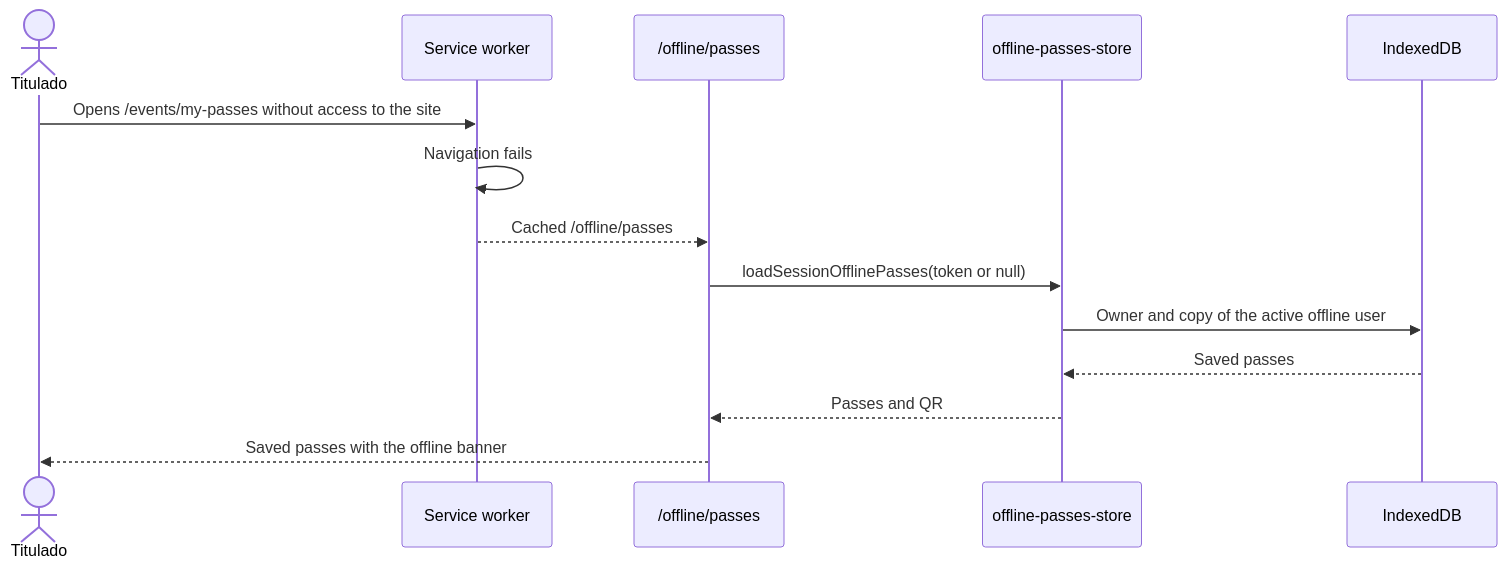
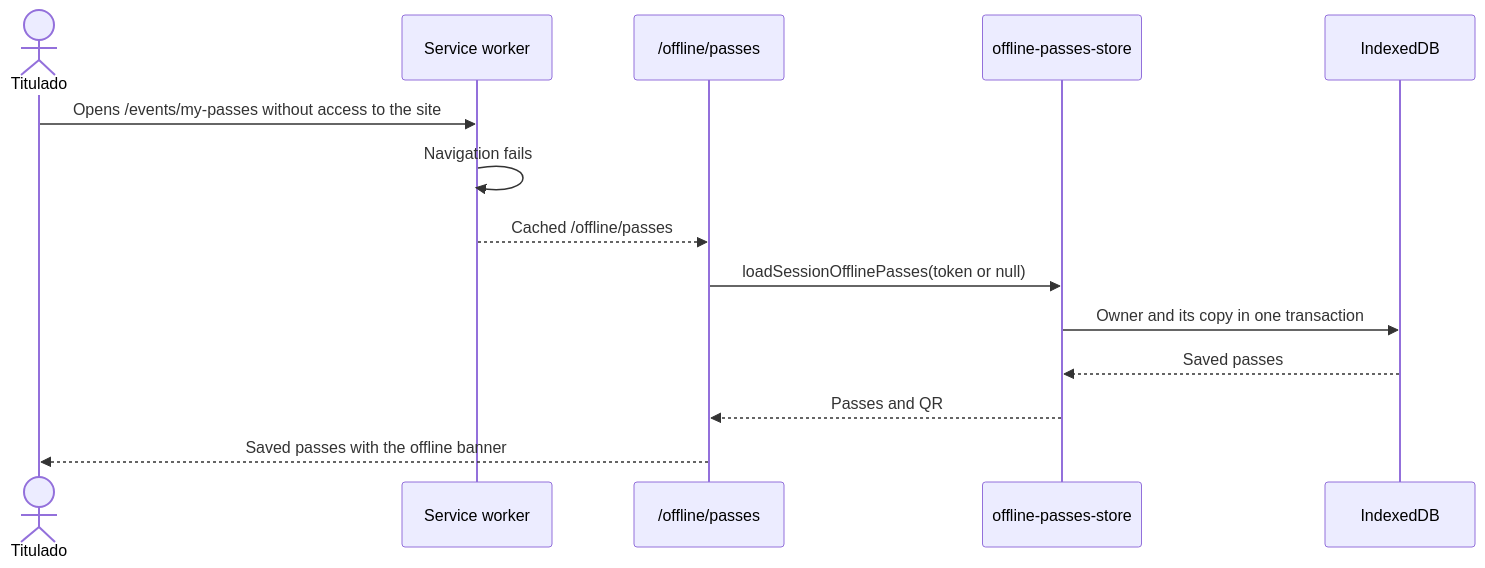
The second of 2 diagrams in docs/events/README.md (UMSSY/umssy-app), drawn with Mermaid before and after one commit. The commit also changed other lines of this file and 1 other file, not shown here.

````diff
--- a/docs/events/README.md
+++ b/docs/events/README.md
@@ -34,16 +34,16 @@
 ```mermaid
 sequenceDiagram
     actor Titulado
     participant SW as Service worker
     participant Route as /offline/passes
     participant Store as offline-passes-store
     participant IDB as IndexedDB
     Titulado->>SW: Opens /events/my-passes without access to the site
     SW->>SW: Navigation fails
     SW-->>Route: Cached /offline/passes
     Route->>Store: loadSessionOfflinePasses(token or null)
-    Store->>IDB: Owner and copy of the active offline user
+    Store->>IDB: Owner and its copy in one transaction
     IDB-->>Store: Saved passes
     Store-->>Route: Passes and QR
     Route-->>Titulado: Saved passes with the offline banner
 ```
````
